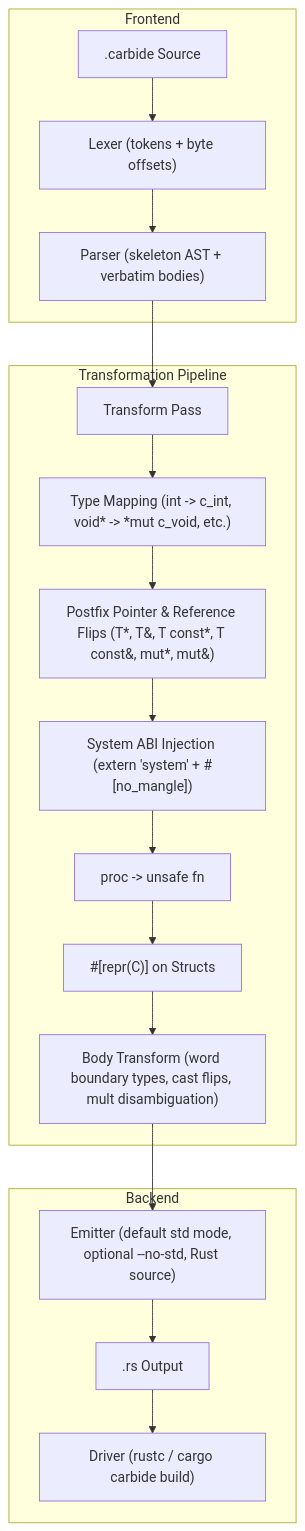
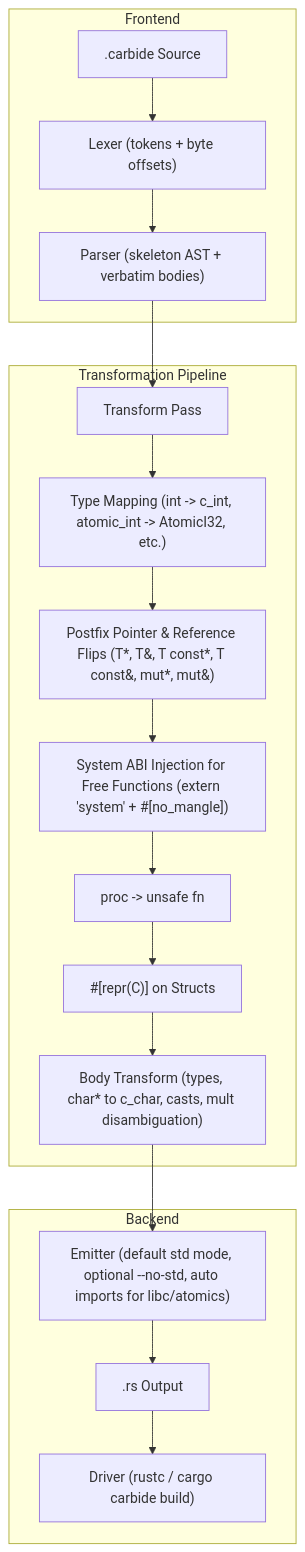
Before and after one commit to xyzzyapps/carbide: the diagram in SPEC.md, drawn with Mermaid. The commit also changed other lines of this file and 12 other files, not shown here.

Commit message:
Add C atomics support, extended lexer operators, impl method attribute hygiene, char* body mapping, and mut& expressions

````diff
--- a/SPEC.md
+++ b/SPEC.md
@@ -43,23 +43,23 @@
 ```mermaid
 flowchart TD
     subgraph Frontend
         Source[".carbide Source"] --> Lexer["Lexer (tokens + byte offsets)"]
         Lexer --> Parser["Parser (skeleton AST + verbatim bodies)"]
     end
 
     subgraph Transformation Pipeline
         Parser --> AstPass["Transform Pass"]
-        AstPass --> Pass1["Type Mapping (int -> c_int, void* -> *mut c_void, etc.)"]
+        AstPass --> Pass1["Type Mapping (int -> c_int, atomic_int -> AtomicI32, etc.)"]
         Pass1 --> Pass2["Postfix Pointer & Reference Flips (T*, T&, T const*, T const&, mut*, mut&)"]
-        Pass2 --> Pass3["System ABI Injection (extern 'system' + #[no_mangle])"]
+        Pass2 --> Pass3["System ABI Injection for Free Functions (extern 'system' + #[no_mangle])"]
         Pass3 --> Pass4["proc -> unsafe fn"]
         Pass4 --> Pass5["#[repr(C)] on Structs"]
-        Pass5 --> Pass6["Body Transform (word boundary types, cast flips, mult disambiguation)"]
+        Pass5 --> Pass6["Body Transform (types, char* to c_char, casts, mult disambiguation)"]
     end
 
     subgraph Backend
-        Pass6 --> Emitter["Emitter (default std mode, optional --no-std, Rust source)"]
+        Pass6 --> Emitter["Emitter (default std mode, optional --no-std, auto imports for libc/atomics)"]
         Emitter --> Output[".rs Output"]
         Output --> Driver["Driver (rustc / cargo carbide build)"]
     end
 ```
````
